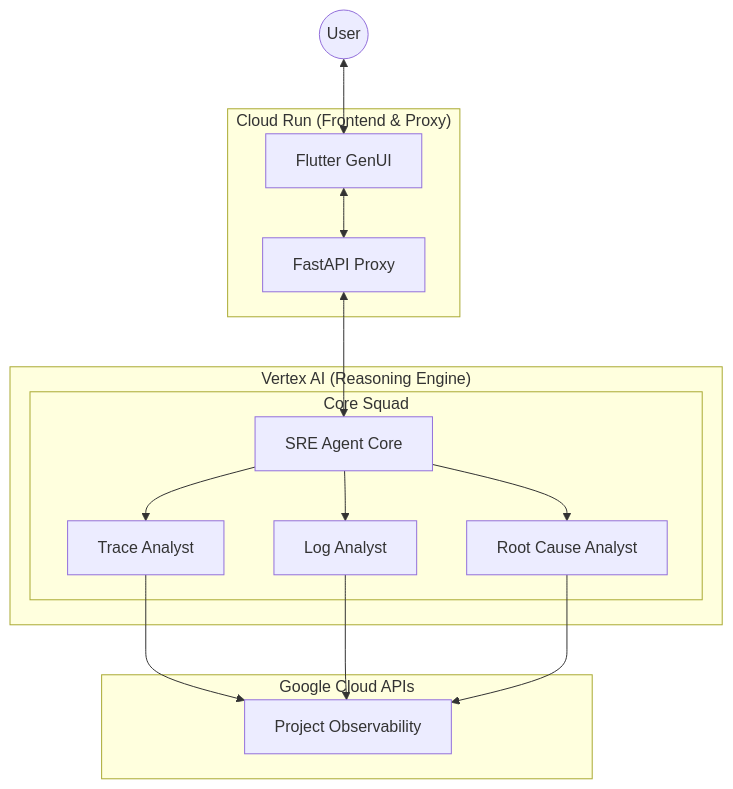
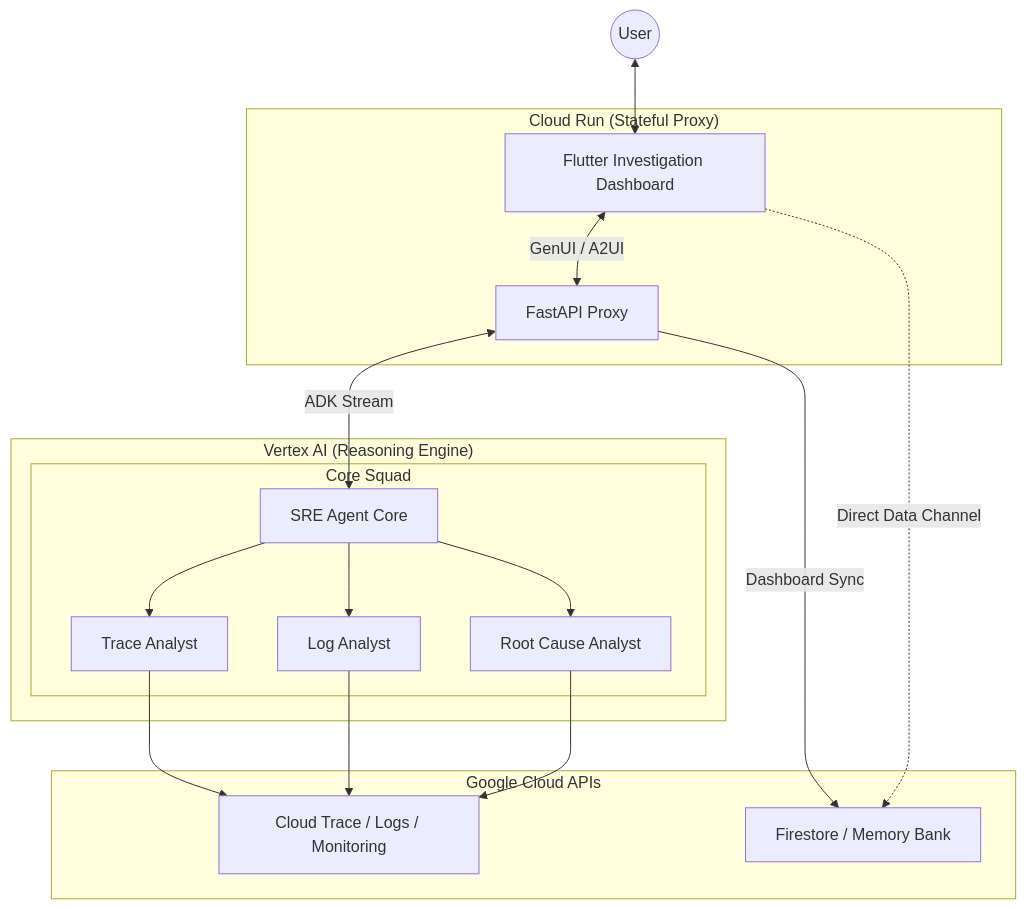
Before and after one commit to srtux/sre-agent: the diagram in README.md, drawn with Mermaid. The commit also changed other lines of this file and 18 other files, not shown here.

````diff
--- a/README.md
+++ b/README.md
@@ -50,21 +42,24 @@
 ```mermaid
 graph TD
-    User((User)) <--> UI[Flutter GenUI]
+    User((User)) <--> UI[Flutter Investigation Dashboard]
 
-    subgraph "Cloud Run (Frontend & Proxy)"
-        UI <--> Backend[FastAPI Proxy]
+    subgraph "Cloud Run (Stateful Proxy)"
+        UI <-->|GenUI / A2UI| Backend[FastAPI Proxy]
     end
 
     subgraph "Vertex AI (Reasoning Engine)"
-        Backend <--> Agent[SRE Agent Core]
+        Backend <-->|ADK Stream| Agent[SRE Agent Core]
         subgraph "Core Squad"
             Agent --> Trace[Trace Analyst]
             Agent --> Log[Log Analyst]
             Agent --> RCA[Root Cause Analyst]
         end
     end
 
     subgraph "Google Cloud APIs"
-        Trace & Log & RCA --> Ops[Project Observability]
+        Trace & Log & RCA --> Ops[Cloud Trace / Logs / Monitoring]
+        Backend -->|Dashboard Sync| DashDB[Firestore / Memory Bank]
     end
+
+    UI -.->|Direct Data Channel| DashDB
 ```
````
